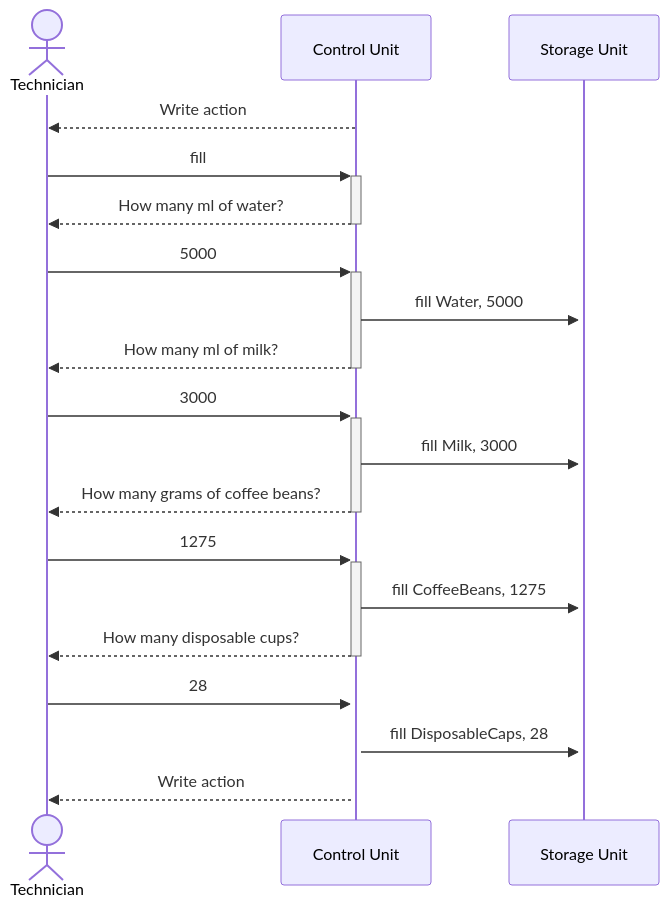
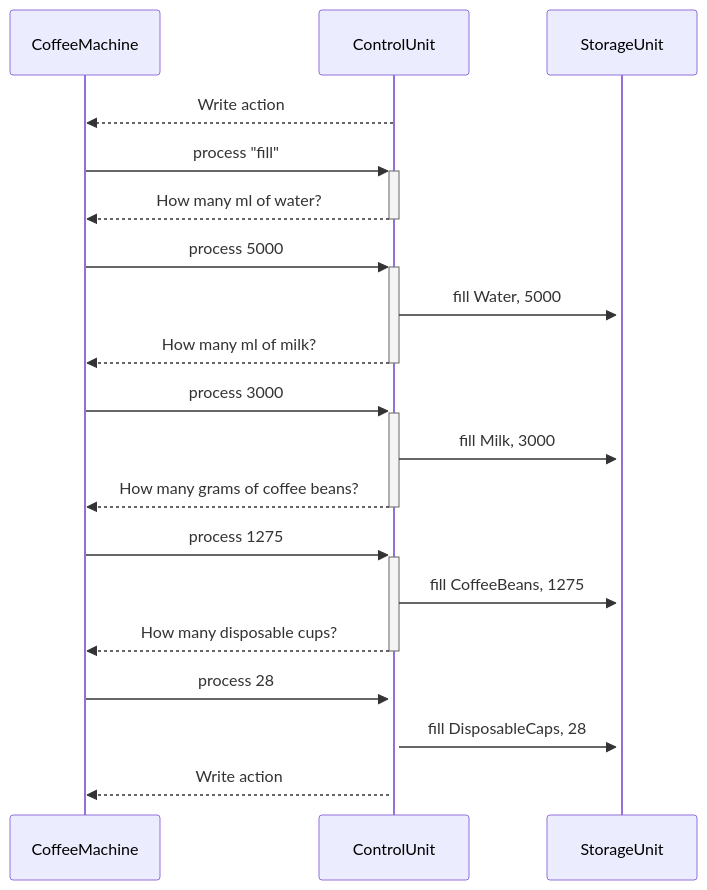
One commit to rabestro/coffee-machine changed the second of 2 diagrams in README.md. Above: the diagram before and after it, drawn with Mermaid. The commit also changed 1 other file, not shown here.

Commit message:
add fake display unit

````diff
--- a/README.md
+++ b/README.md
@@ -67,23 +67,25 @@
 ```mermaid
 sequenceDiagram
-    actor Technician
-    participant Control Unit
-    link Control Unit: source code @ https://github.com/rabestro/coffee-machine/blob/main/src/main/kotlin/lv/id/jc/machine/unit/impl/ControlBlock.kt
-    participant Storage Unit
-    link Storage Unit: source code @ https://github.com/rabestro/coffee-machine/blob/main/src/main/kotlin/lv/id/jc/machine/unit/StorageUnit.kt
-    Control Unit-->>Technician: Write action
-    Technician->>+Control Unit: fill
-    Control Unit-->>-Technician: How many ml of water?
-    Technician->>+Control Unit: 5000
-    Control Unit->>+Storage Unit: fill Water, 5000
-    Control Unit-->>-Technician: How many ml of milk?
-    Technician->>+Control Unit: 3000
-    Control Unit->>+Storage Unit: fill Milk, 3000
-    Control Unit-->>-Technician: How many grams of coffee beans?
-    Technician->>+Control Unit: 1275
-    Control Unit->>+Storage Unit: fill CoffeeBeans, 1275
-    Control Unit-->>-Technician: How many disposable cups?
-    Technician->>+Control Unit: 28
-    Control Unit->>+Storage Unit: fill DisposableCaps, 28
-    Control Unit-->>Technician: Write action
+    participant CoffeeMachine
+    participant ControlUnit
+    link ControlUnit: source code @ https://github.com/rabestro/coffee-machine/blob/main/src/main/kotlin/lv/id/jc/machine/unit/impl/ControlBlock.kt
+    
+    participant StorageUnit
+    link StorageUnit: source code @ https://github.com/rabestro/coffee-machine/blob/main/src/main/kotlin/lv/id/jc/machine/unit/StorageUnit.kt
+    
+    ControlUnit-->>CoffeeMachine: Write action
+    CoffeeMachine->>+ControlUnit: process "fill"
+    ControlUnit-->>-CoffeeMachine: How many ml of water?
+    CoffeeMachine->>+ControlUnit: process 5000
+    ControlUnit->>+StorageUnit: fill Water, 5000
+    ControlUnit-->>-CoffeeMachine: How many ml of milk?
+    CoffeeMachine->>+ControlUnit: process 3000
+    ControlUnit->>+StorageUnit: fill Milk, 3000
+    ControlUnit-->>-CoffeeMachine: How many grams of coffee beans?
+    CoffeeMachine->>+ControlUnit: process 1275
+    ControlUnit->>+StorageUnit: fill CoffeeBeans, 1275
+    ControlUnit-->>-CoffeeMachine: How many disposable cups?
+    CoffeeMachine->>+ControlUnit: process 28
+    ControlUnit->>+StorageUnit: fill DisposableCaps, 28
+    ControlUnit-->>CoffeeMachine: Write action
 ```
````
